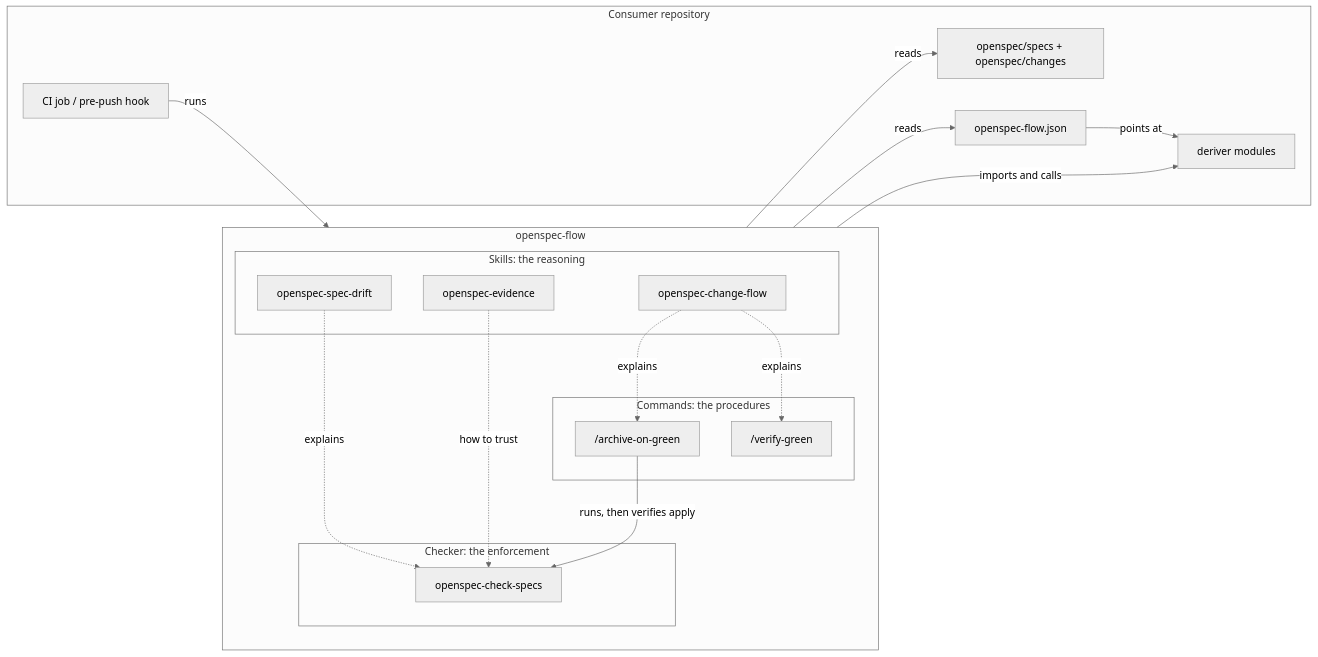
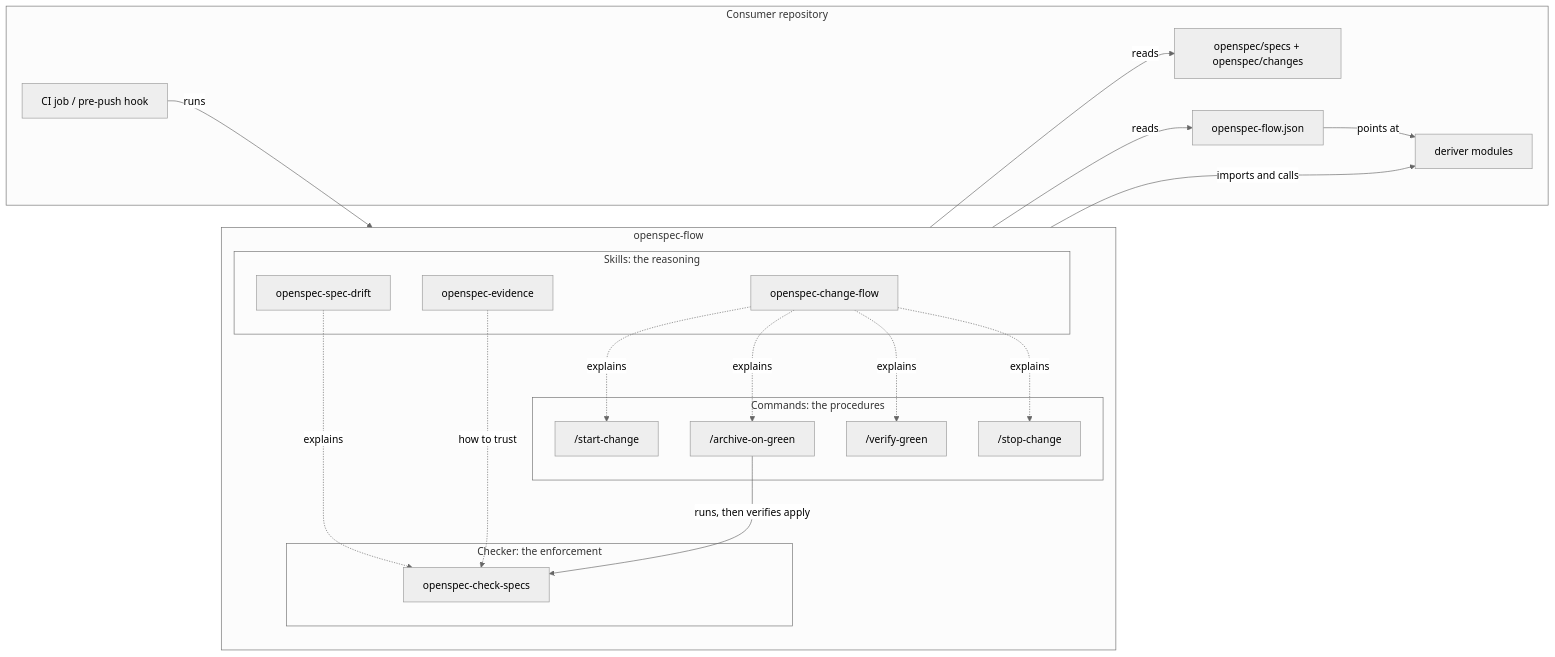
Before and after one commit to yannicklescure/openspec-flow: the diagram in docs/README.md, drawn with Mermaid (neutral theme). The commit also changed other lines of this file and 5 other files, not shown here.

````diff
--- a/docs/README.md
+++ b/docs/README.md
@@ -29,36 +30,40 @@
 ```mermaid
 flowchart LR
   subgraph plugin["openspec-flow"]
     direction TB
     subgraph skills["Skills: the reasoning"]
       S1["openspec-change-flow"]
       S2["openspec-spec-drift"]
       S3["openspec-evidence"]
     end
     subgraph commands["Commands: the procedures"]
+      C0["/start-change"]
       C1["/verify-green"]
       C2["/archive-on-green"]
+      C3["/stop-change"]
     end
     subgraph checker["Checker: the enforcement"]
       K["openspec-check-specs"]
     end
   end
 
   subgraph consumer["Consumer repository"]
     O["openspec/specs + openspec/changes"]
     CFG["openspec-flow.json"]
     D["deriver modules"]
     CI["CI job / pre-push hook"]
   end
 
+  S1 -. explains .-> C0
   S1 -. explains .-> C2
   S1 -. explains .-> C1
+  S1 -. explains .-> C3
   S2 -. explains .-> K
   S3 -. "how to trust" .-> K
   C2 -- "runs, then verifies apply" --> K
   CI -- runs --> K
   K -- reads --> O
   K -- reads --> CFG
   CFG -- points at --> D
   K -- "imports and calls" --> D
 ```
````
